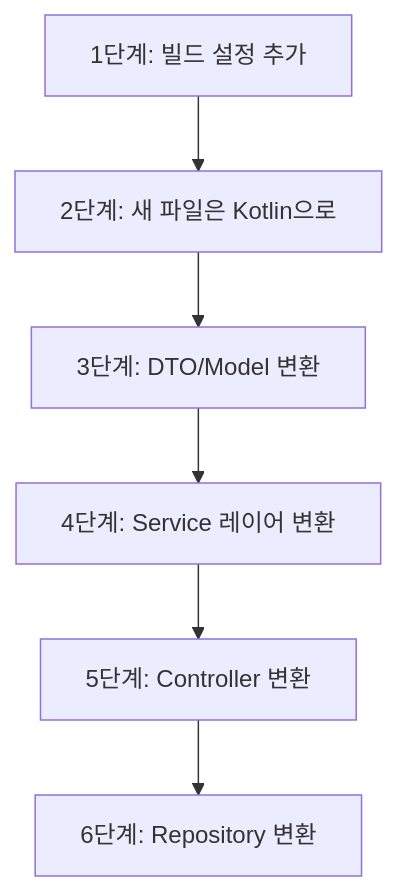
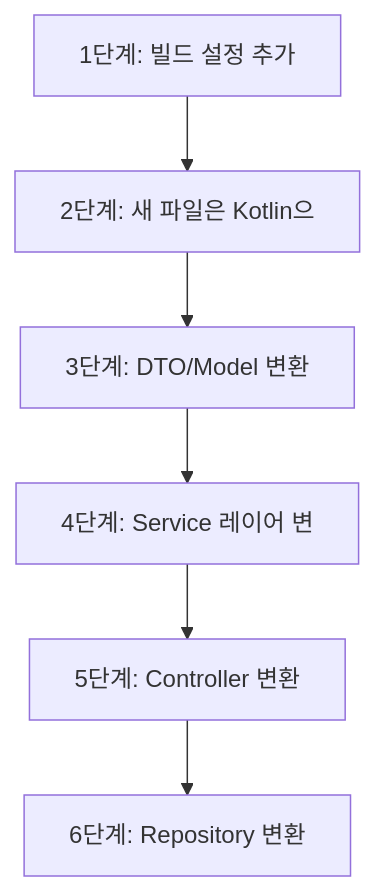
Before and after one commit to yjkim2015/yjkim2015.github.io: the third of 4 diagrams in _posts/kotlin/2026-05-03-kotlin-spring-boot.md, drawn with Mermaid. The commit also changed 271 other files, not shown here.

First line of the commit message:
Mermaid 라벨 축소: 긴 노드 텍스트 18자 이하로 트림 + \n 제거

````diff
--- a/_posts/kotlin/2026-05-03-kotlin-spring-boot.md
+++ b/_posts/kotlin/2026-05-03-kotlin-spring-boot.md
@@ -432,8 +432,8 @@
 ```mermaid
 flowchart TD
-  A["1단계: 빌드 설정 추가"] --> B["2단계: 새 파일은 Kotlin으로"]
+  A["1단계: 빌드 설정 추가"] --> B["2단계: 새 파일은 Kotlin으"]
   B --> C["3단계: DTO/Model 변환"]
-  C --> D["4단계: Service 레이어 변환"]
+  C --> D["4단계: Service 레이어 변"]
   D --> E["5단계: Controller 변환"]
   E --> F["6단계: Repository 변환"]
 ```
````
